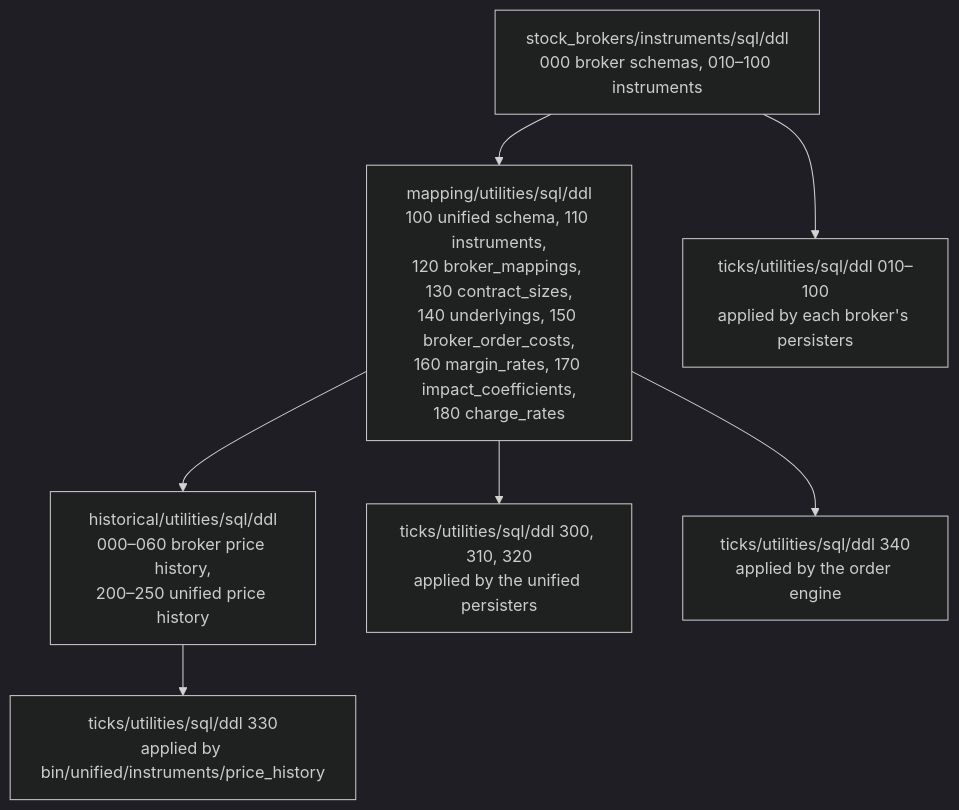
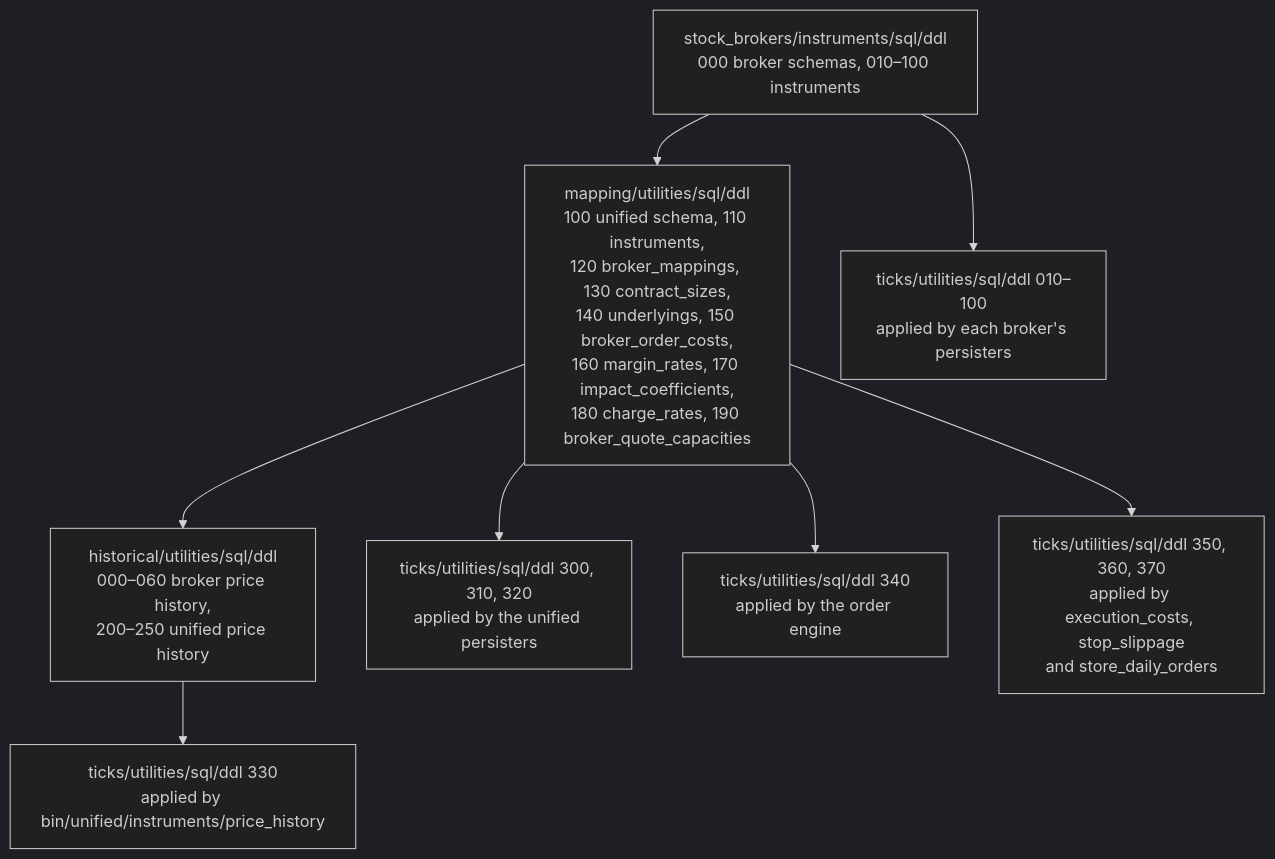
Before and after one commit to pramodathani/unified_broker_interface: the third of 3 diagrams in docs/architecture/database.md, drawn with Mermaid (dark theme). The commit also changed other lines of this file and 5 other files, not shown here.

First line of the commit message:
Bring the architecture pages up to date

````diff
--- a/docs/architecture/database.md
+++ b/docs/architecture/database.md
@@ -291,9 +292,10 @@
 ```mermaid
 flowchart TD
-    A["stock_brokers/instruments/sql/ddl<br/>000 broker schemas, 010–100 instruments"] --> B["mapping/utilities/sql/ddl<br/>100 unified schema, 110 instruments,<br/>120 broker_mappings, 130 contract_sizes,<br/>140 underlyings, 150 broker_order_costs,<br/>160 margin_rates, 170 impact_coefficients,<br/>180 charge_rates"]
+    A["stock_brokers/instruments/sql/ddl<br/>000 broker schemas, 010–100 instruments"] --> B["mapping/utilities/sql/ddl<br/>100 unified schema, 110 instruments,<br/>120 broker_mappings, 130 contract_sizes,<br/>140 underlyings, 150 broker_order_costs,<br/>160 margin_rates, 170 impact_coefficients,<br/>180 charge_rates, 190 broker_quote_capacities"]
     B --> C["historical/utilities/sql/ddl<br/>000–060 broker price history,<br/>200–250 unified price history"]
     A --> D["ticks/utilities/sql/ddl 010–100<br/>applied by each broker's persisters"]
     B --> E["ticks/utilities/sql/ddl 300, 310, 320<br/>applied by the unified persisters"]
     C --> F["ticks/utilities/sql/ddl 330<br/>applied by bin/unified/instruments/price_history"]
     B --> G["ticks/utilities/sql/ddl 340<br/>applied by the order engine"]
+    B --> H["ticks/utilities/sql/ddl 350, 360, 370<br/>applied by execution_costs, stop_slippage<br/>and store_daily_orders"]
 ```
````
